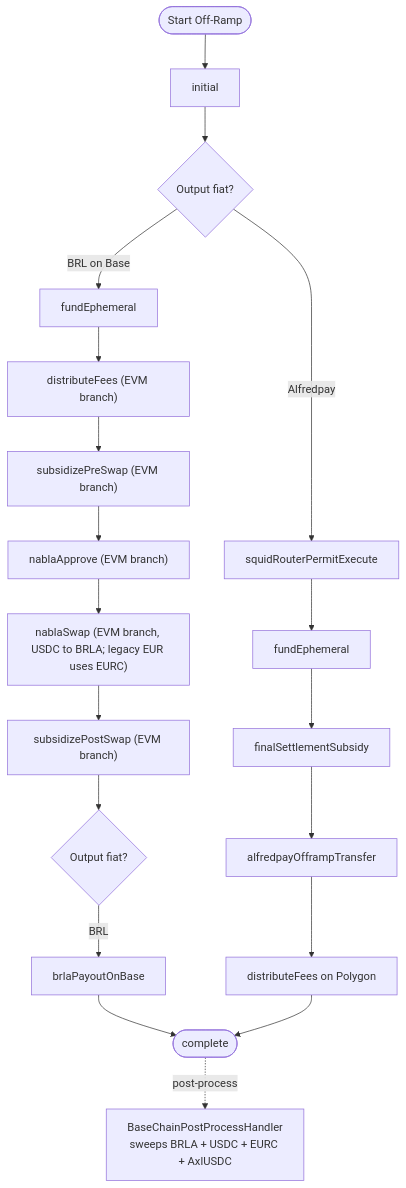
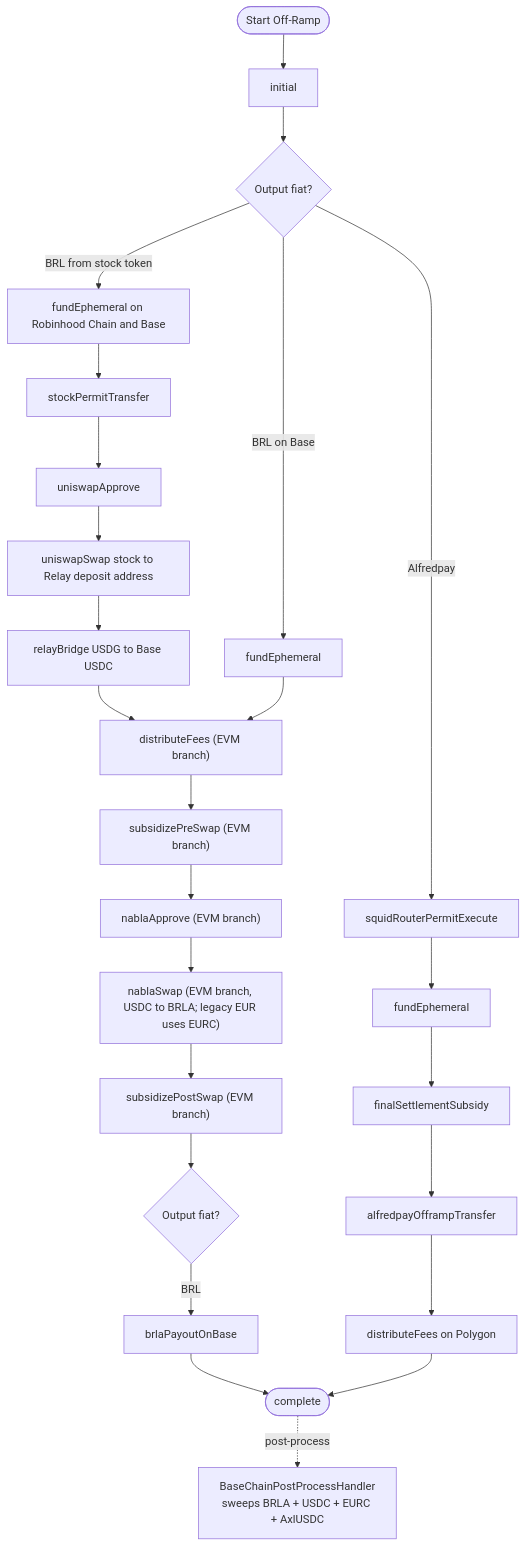
Before and after one commit to pendulum-chain/vortex: the second of 2 diagrams in docs/security-spec/03-ramp-engine/ramp-phase-flows.md, drawn with Mermaid. The commit also changed other lines of this file and 25 other files, not shown here.

Commit message:
docs(api): document the stock token corridor

````diff
--- a/docs/security-spec/03-ramp-engine/ramp-phase-flows.md
+++ b/docs/security-spec/03-ramp-engine/ramp-phase-flows.md
@@ -147,31 +170,37 @@
 ```mermaid
 graph TD
     Start([Start Off-Ramp]) --> Init[initial]
     Init --> Corridor{Output fiat?}
 
     %% --- Active Base entry: BRL; legacy EUR recovery uses the same branch ---
     %% The user-signed Squid bridge (source EVM -> Base USDC) is submitted client-side
     %% before the backend runtime starts. AssetHub -> BRL is cataloged for recovery but disabled at quote eligibility.
     Corridor -->|BRL on Base| BaseFund[fundEphemeral]
+    Corridor -->|BRL from stock token| StockFund[fundEphemeral on Robinhood Chain and Base]
+    StockFund --> StockPermit[stockPermitTransfer]
+    StockPermit --> StockApprove[uniswapApprove]
+    StockApprove --> StockSwap[uniswapSwap stock to Relay deposit address]
+    StockSwap --> RelaySell[relayBridge USDG to Base USDC]
+    RelaySell --> BaseDistEvm
     BaseFund --> BaseDistEvm["distributeFees (EVM branch)"]
     BaseDistEvm --> BaseSubPreEvm["subsidizePreSwap (EVM branch)"]
     BaseSubPreEvm --> BaseApproveEvm["nablaApprove (EVM branch)"]
     BaseApproveEvm --> BaseSwapEvm["nablaSwap (EVM branch, USDC to BRLA; legacy EUR uses EURC)"]
     BaseSwapEvm --> BaseSubPostEvm["subsidizePostSwap (EVM branch)"]
     BaseSubPostEvm --> Payout{Output fiat?}
 
     %% --- Per-corridor terminal payout phase ---
     Payout -->|BRL| BrlPayout[brlaPayoutOnBase]
     BrlPayout --> Complete([complete])
 
     %% --- Base post-process cleanup (after complete, out-of-flow) ---
     Complete -.post-process.-> BaseCleanup[BaseChainPostProcessHandler<br/>sweeps BRLA + USDC + EURC + AxlUSDC]
 
     %% --- Alfredpay (Polygon, different chain) ---
     Corridor -->|Alfredpay| AfPermit[squidRouterPermitExecute]
     AfPermit --> AfFund[fundEphemeral]
     AfFund --> AfFinalSubsidy[finalSettlementSubsidy]
     AfFinalSubsidy --> AfTransfer[alfredpayOfframpTransfer]
     AfTransfer --> AfDistOff[distributeFees on Polygon]
     AfDistOff --> Complete
 ```
````
